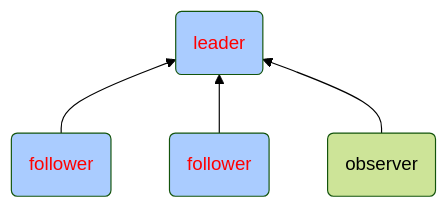
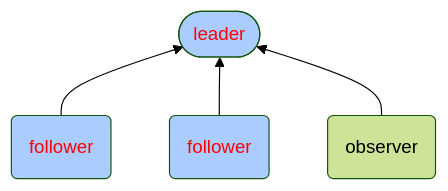
One commit to byy1679/cloud changed the first of 2 diagrams in ARCHITECTURE/05/hadoop-03.md. Above: the diagram before and after it, drawn with Mermaid (forest theme). The commit also changed other lines of this file and 4 other files, not shown here.

````diff
--- a/ARCHITECTURE/05/hadoop-03.md
+++ b/ARCHITECTURE/05/hadoop-03.md
@@ -7,13 +7,6 @@
 ```mermaid
 graph BT
-M1(leader) 
-N1(follower)
-N2(follower)
-N3(observer)
-N1 --> M1
-N2 --> M1
-N3 --> M1
-style M1 color:#ff0000,fill:#aaccff
-style N1 color:#ff0000,fill:#aaccff
-style N2 color:#ff0000,fill:#aaccff
+N1(follower) & N2(follower) & N3(observer) --> M1([leader]) 
+classDef BG color:#ff0000,fill:#aaccff
+class M1,N1,N2 BG
 ```
````
